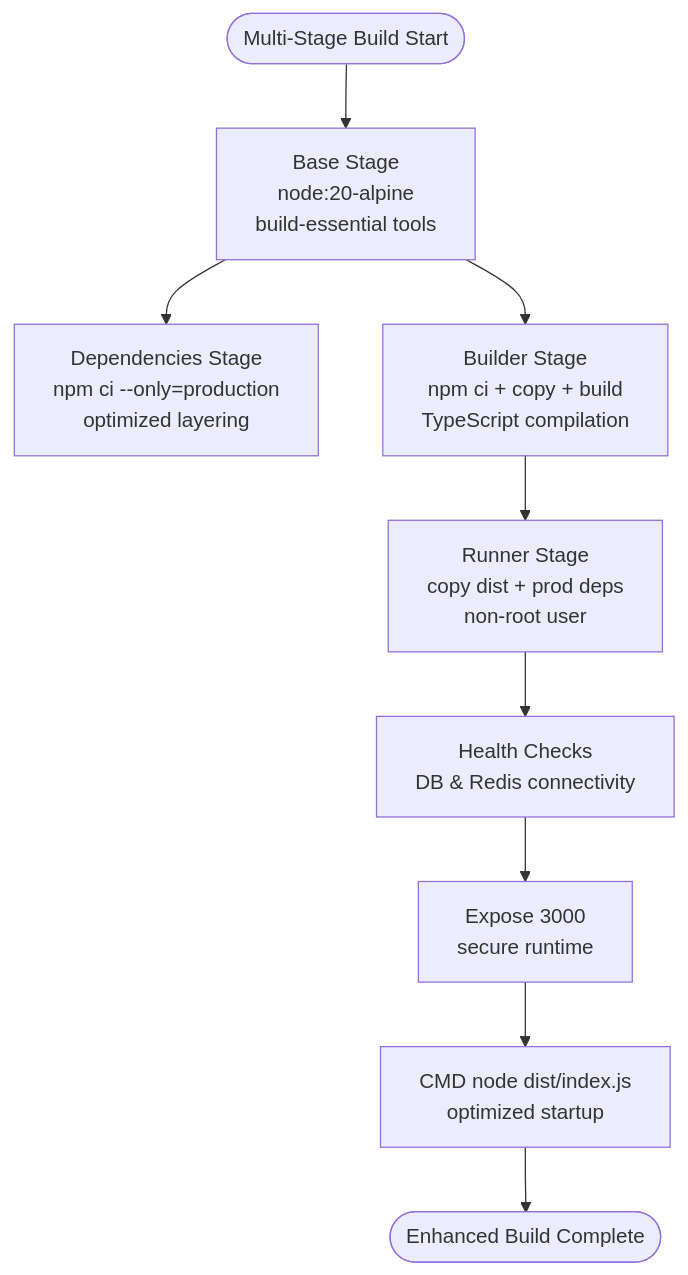
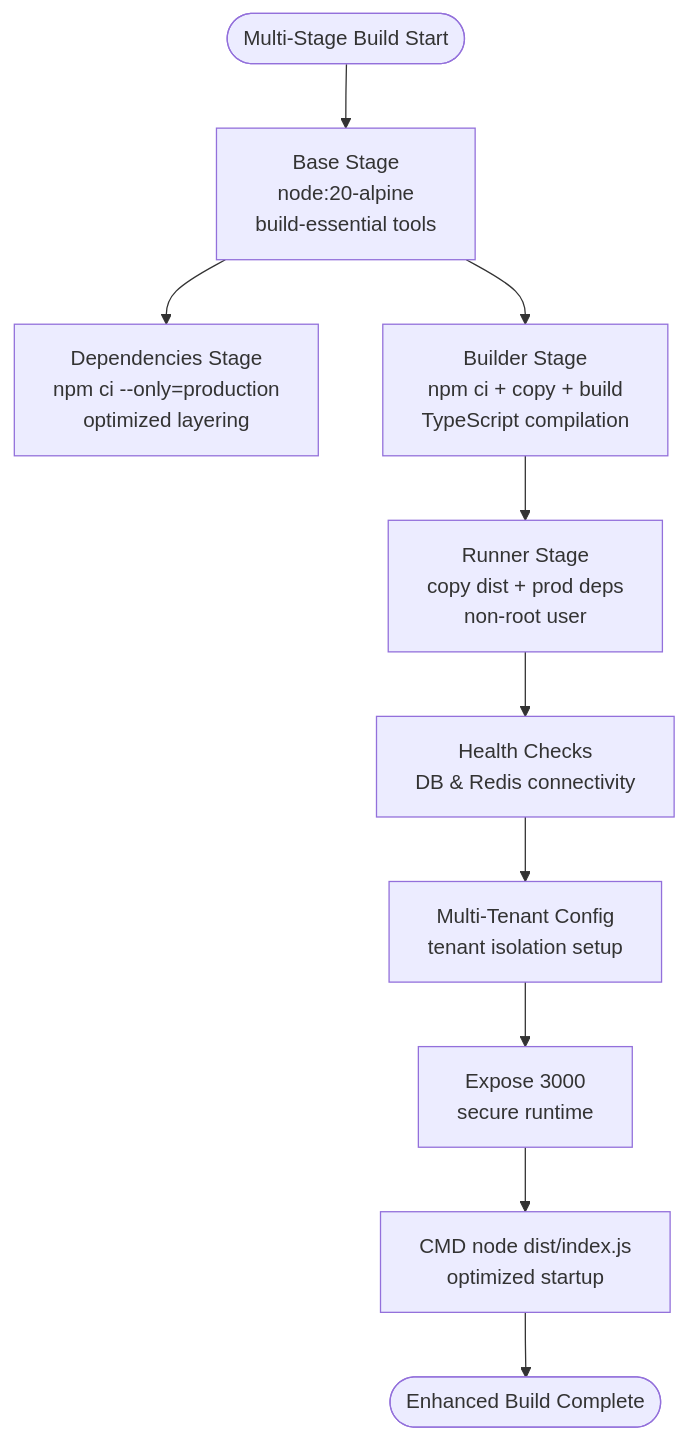
One commit to franckylab/eLISAschool changed the third of 5 diagrams in .qoder/repowiki/en/content/Deployment & Docker Configuration.md. Above: the diagram before and after it, drawn with Mermaid. The commit also changed other lines of this file and 281 other files, not shown here.

````diff
--- a/.qoder/repowiki/en/content/Deployment & Docker Configuration.md
+++ b/.qoder/repowiki/en/content/Deployment & Docker Configuration.md
@@ -175,11 +415,12 @@
 ```mermaid
 flowchart TD
 Start(["Multi-Stage Build Start"]) --> Base["Base Stage<br/>node:20-alpine<br/>build-essential tools"]
 Base --> Deps["Dependencies Stage<br/>npm ci --only=production<br/>optimized layering"]
 Base --> Builder["Builder Stage<br/>npm ci + copy + build<br/>TypeScript compilation"]
 Builder --> Runner["Runner Stage<br/>copy dist + prod deps<br/>non-root user"]
 Runner --> Health["Health Checks<br/>DB & Redis connectivity"]
-Health --> Expose["Expose 3000<br/>secure runtime"]
+Health --> MTConfig["Multi-Tenant Config<br/>tenant isolation setup"]
+MTConfig --> Expose["Expose 3000<br/>secure runtime"]
 Expose --> Cmd["CMD node dist/index.js<br/>optimized startup"]
 Cmd --> End(["Enhanced Build Complete"])
 ```
````
